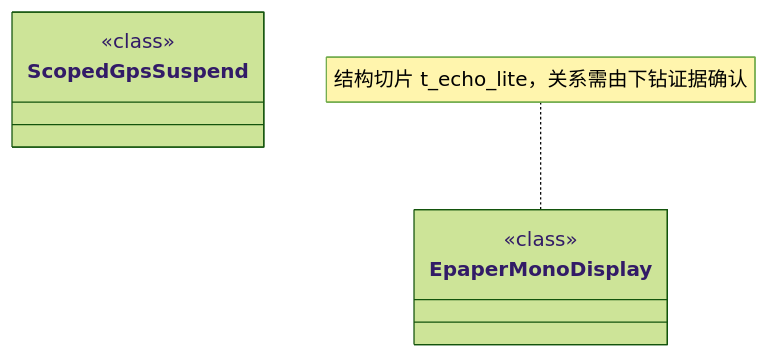
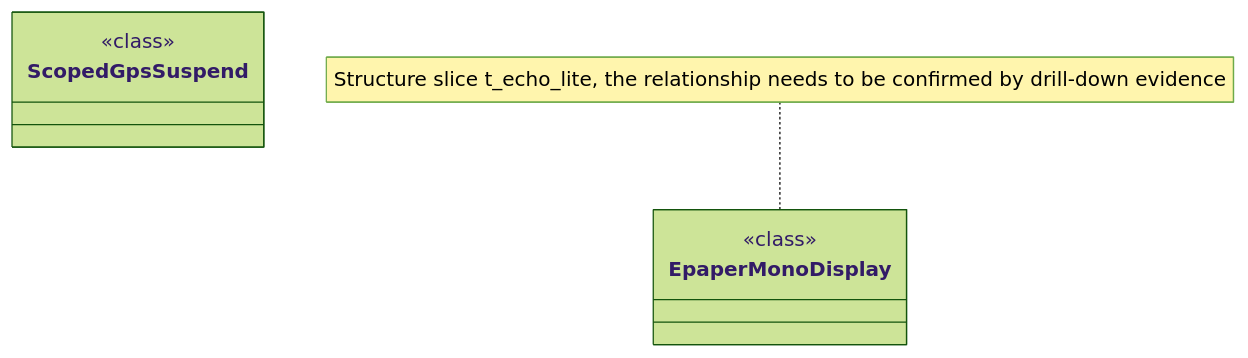
Before and after one commit to manmuqingshan/trail-mate: the diagram in docs/engineering/class-structural-diagrams/boards-t_echo_lite/class-structural-diagram.md, drawn with Mermaid (forest theme). The commit also changed other lines of this file and 527 other files, not shown here.

````diff
--- a/docs/engineering/class-structural-diagrams/boards-t_echo_lite/class-structural-diagram.md
+++ b/docs/engineering/class-structural-diagrams/boards-t_echo_lite/class-structural-diagram.md
@@ -42,10 +42,10 @@
 ```mermaid
 classDiagram
   class EpaperMonoDisplay["EpaperMonoDisplay"] {
     <<class>>
   }
   class ScopedGpsSuspend["ScopedGpsSuspend"] {
     <<class>>
   }
-  note for EpaperMonoDisplay "结构切片 t_echo_lite，关系需由下钻证据确认"
+ note for EpaperMonoDisplay "Structure slice t_echo_lite, the relationship needs to be confirmed by drill-down evidence"
 ```
````
